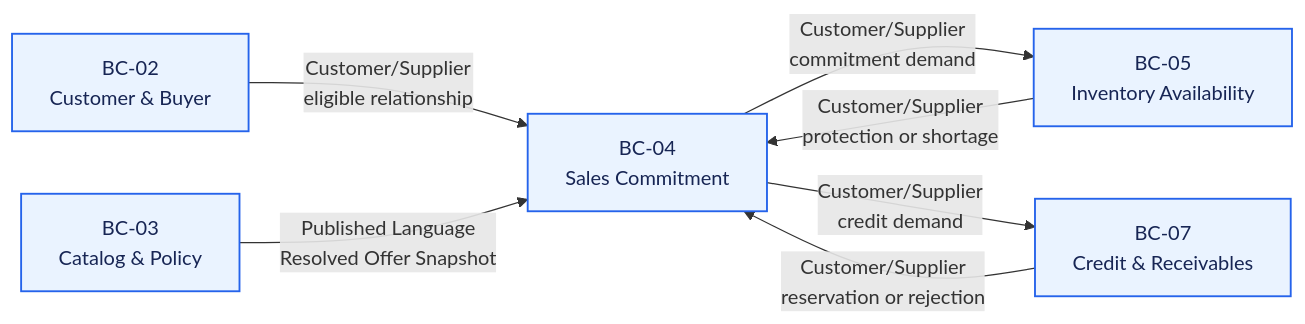
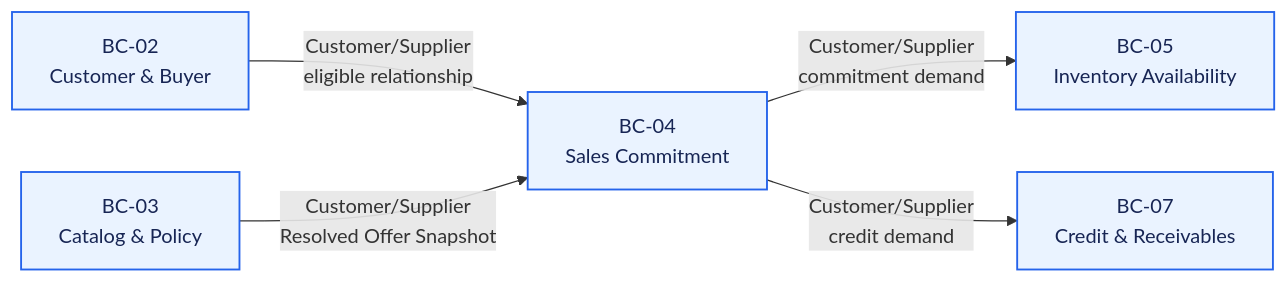
One commit to nexa-suite/mobile-report changed the diagram in report/assets/chapter-2/context-mapping/context-map-commercial.mmd. Above: the diagram before and after it, drawn with Mermaid. The commit also changed 6 other files, not shown here.

```diff
--- a/report/assets/chapter-2/context-mapping/context-map-commercial.mmd
+++ b/report/assets/chapter-2/context-mapping/context-map-commercial.mmd
@@ -1,16 +1,14 @@
 flowchart LR
   bc02["BC-02<br/>Customer & Buyer"]
   bc03["BC-03<br/>Catalog & Policy"]
   bc04["BC-04<br/>Sales Commitment"]
   bc05["BC-05<br/>Inventory Availability"]
   bc07["BC-07<br/>Credit & Receivables"]
 
   bc02 -->|"Customer/Supplier<br/>eligible relationship"| bc04
-  bc03 -->|"Published Language<br/>Resolved Offer Snapshot"| bc04
+  bc03 -->|"Customer/Supplier<br/>Resolved Offer Snapshot"| bc04
   bc04 -->|"Customer/Supplier<br/>commitment demand"| bc05
-  bc05 -->|"Customer/Supplier<br/>protection or shortage"| bc04
   bc04 -->|"Customer/Supplier<br/>credit demand"| bc07
-  bc07 -->|"Customer/Supplier<br/>reservation or rejection"| bc04
 
   classDef context fill:#EAF3FF,stroke:#2563EB,stroke-width:1.5px,color:#172554;
   class bc02,bc03,bc04,bc05,bc07 context;
```
